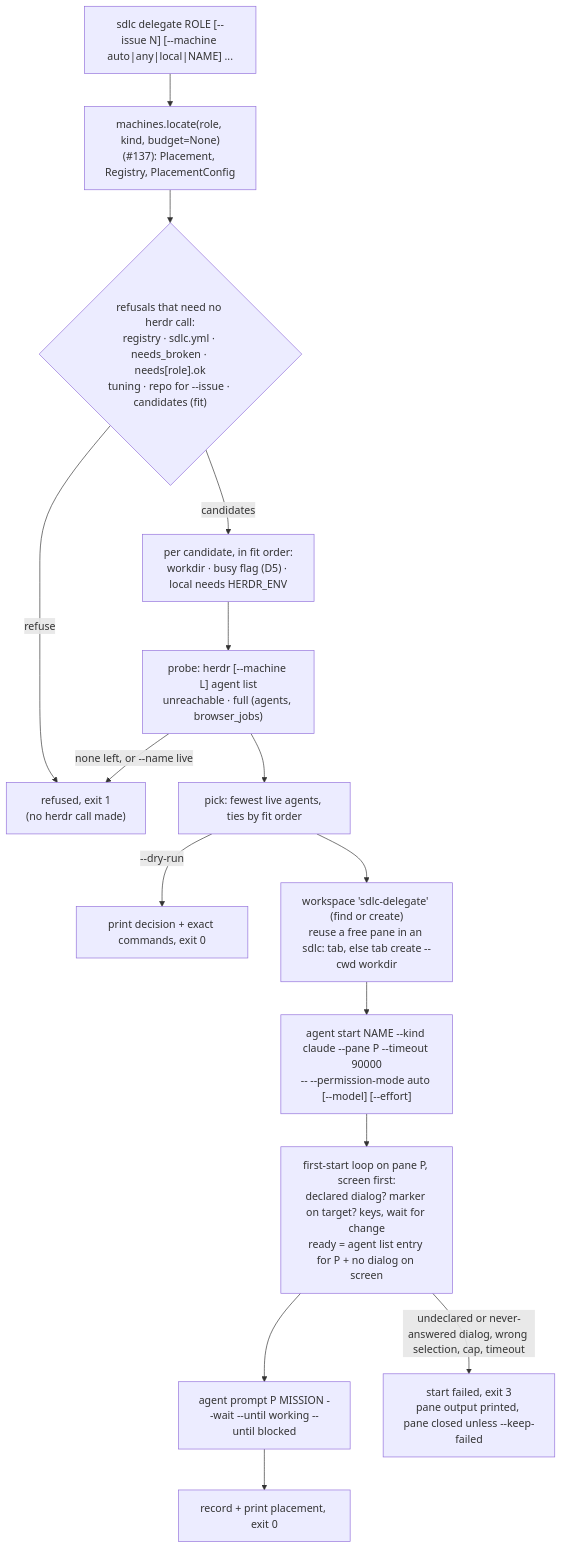
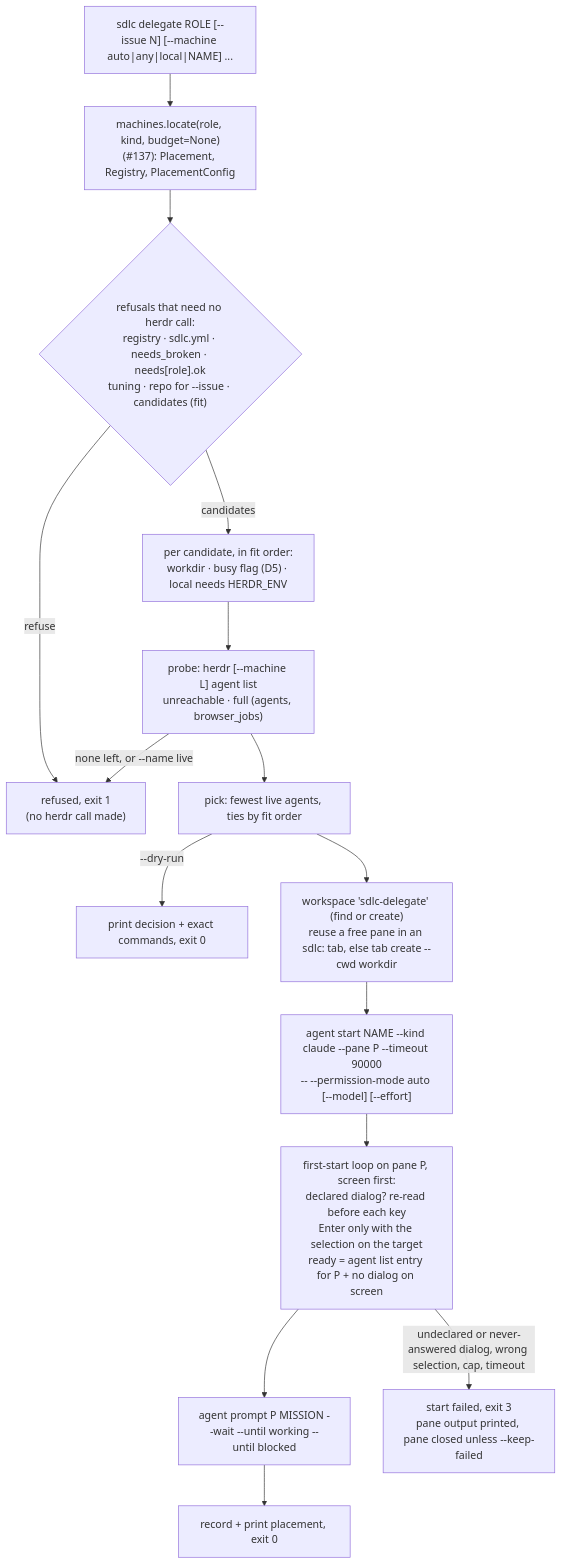
One commit to pattern-stack/claudecode-patterns changed the diagram in .ai-docs/stacks/machines/specs/139.md. Above: the diagram before and after it, drawn with Mermaid. The commit also changed other lines of this file, not shown here.

````diff
--- a/.ai-docs/stacks/machines/specs/139.md
+++ b/.ai-docs/stacks/machines/specs/139.md
@@ -68,17 +76,17 @@
 ```mermaid
 flowchart TD
   CLI["sdlc delegate ROLE [--issue N] [--machine auto|any|local|NAME] ..."] --> LOC["machines.locate(role, kind, budget=None)<br/>(#137): Placement, Registry, PlacementConfig"]
   LOC --> G1{"refusals that need no herdr call:<br/>registry · sdlc.yml · needs_broken · needs[role].ok<br/>tuning · repo for --issue · candidates (fit)"}
   G1 -- refuse --> R1["refused, exit 1<br/>(no herdr call made)"]
   G1 -- candidates --> F["per candidate, in fit order:<br/>workdir · busy flag (D5) · local needs HERDR_ENV"]
   F --> PR["probe: herdr [--machine L] agent list<br/>unreachable · full (agents, browser_jobs)"]
   PR -- "none left, or --name live" --> R1
   PR --> PICK["pick: fewest live agents, ties by fit order"]
   PICK -- "--dry-run" --> DRY["print decision + exact commands, exit 0"]
   PICK --> PANE["workspace 'sdlc-delegate' (find or create)<br/>reuse a free pane in an sdlc: tab, else tab create --cwd workdir"]
   PANE --> ST["agent start NAME --kind claude --pane P --timeout 90000<br/>-- --permission-mode auto [--model] [--effort]"]
-  ST --> GATE["first-start loop on pane P, screen first:<br/>declared dialog? marker on target? keys, wait for change<br/>ready = agent list entry for P + no dialog on screen"]
+  ST --> GATE["first-start loop on pane P, screen first:<br/>declared dialog? re-read before each key<br/>Enter only with the selection on the target<br/>ready = agent list entry for P + no dialog on screen"]
   GATE --> BR["agent prompt P MISSION --wait --until working --until blocked"]
   BR --> REC["record + print placement, exit 0"]
   GATE -- "undeclared or never-answered dialog, wrong selection, cap, timeout" --> X3["start failed, exit 3<br/>pane output printed, pane closed unless --keep-failed"]
 ```
````
